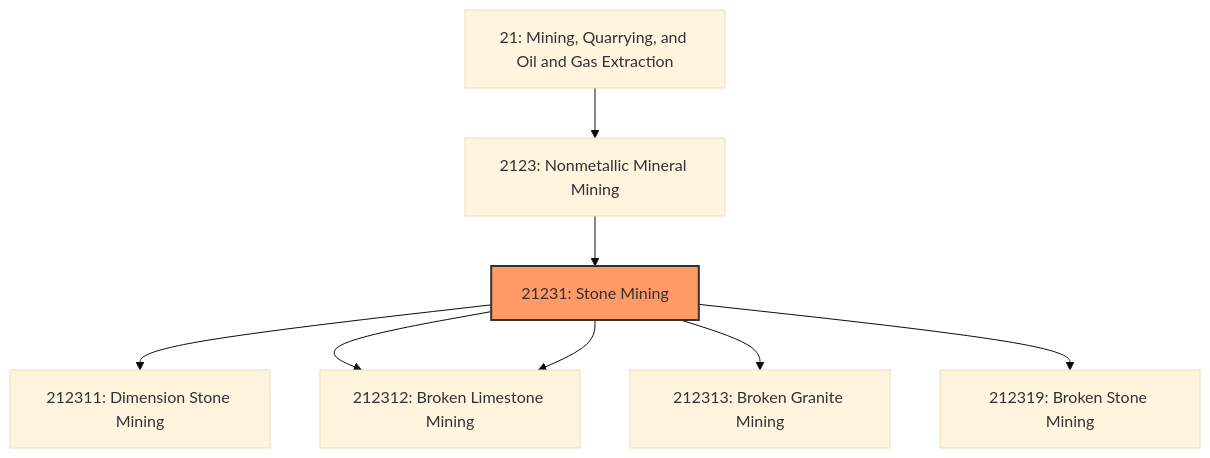
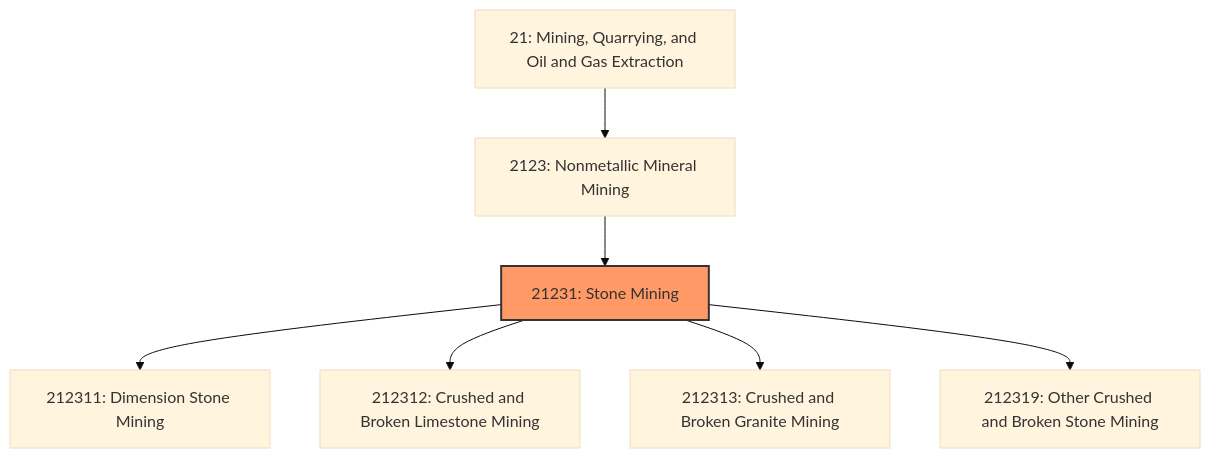
One commit to kziemski/business.org.ai changed the first of 3 diagrams in industries/Mining/NonmetallicMineralMining/StoneMining/index.mdx. Above: the diagram before and after it, drawn with Mermaid (base theme). The commit also changed other lines of this file and 67 other files, not shown here.

````diff
--- a/industries/Mining/NonmetallicMineralMining/StoneMining/index.mdx
+++ b/industries/Mining/NonmetallicMineralMining/StoneMining/index.mdx
@@ -22,12 +38,11 @@
 ```mermaid
 graph TD
     S21["21: Mining, Quarrying, and Oil and Gas Extraction"]
     S21 --> N2123["2123: Nonmetallic Mineral Mining"]
     N2123 --> N21231["21231: Stone Mining"]
     style N21231 fill:#f96,stroke:#333,stroke-width:2px
     N21231 --> N212311["212311: Dimension Stone Mining"]
-    N21231 --> N212312["212312: Crushed"]
-    N21231 --> N212312["212312: Broken Limestone Mining"]
-    N21231 --> N212313["212313: Broken Granite Mining"]
-    N21231 --> N212319["212319: Broken Stone Mining"]
+    N21231 --> N212312["212312: Crushed and Broken Limestone Mining"]
+    N21231 --> N212313["212313: Crushed and Broken Granite Mining"]
+    N21231 --> N212319["212319: Other Crushed and Broken Stone Mining"]
 ```
````
